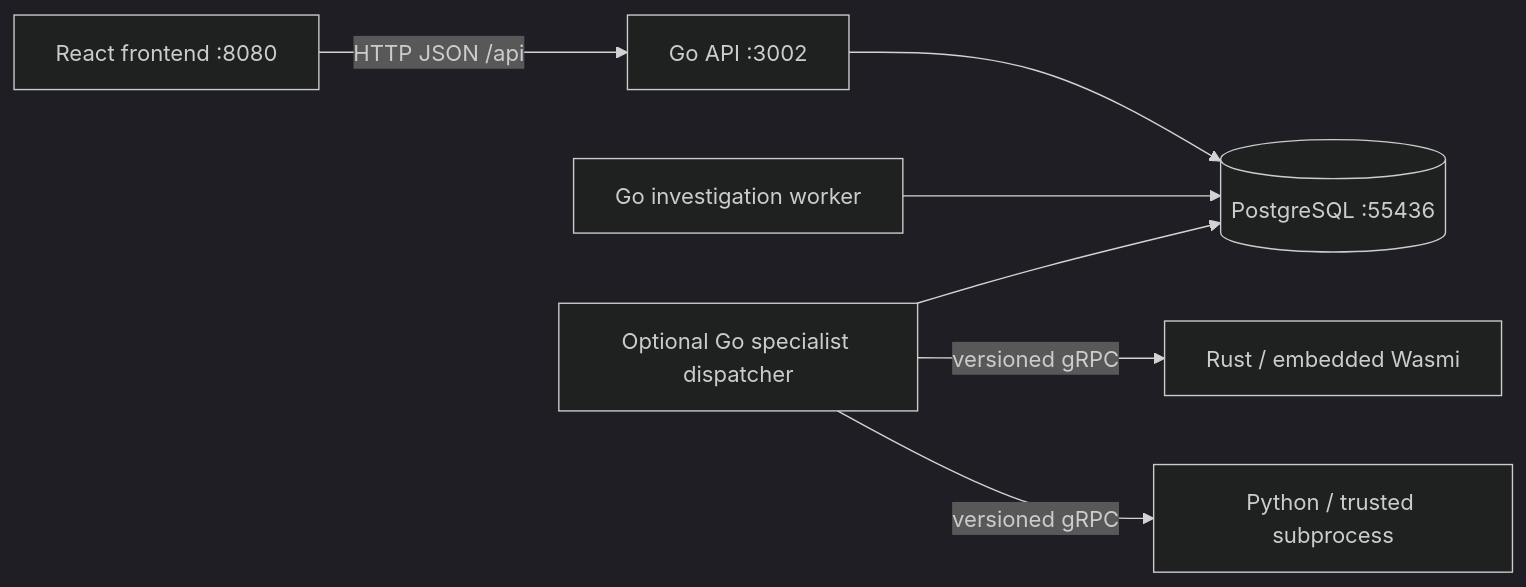
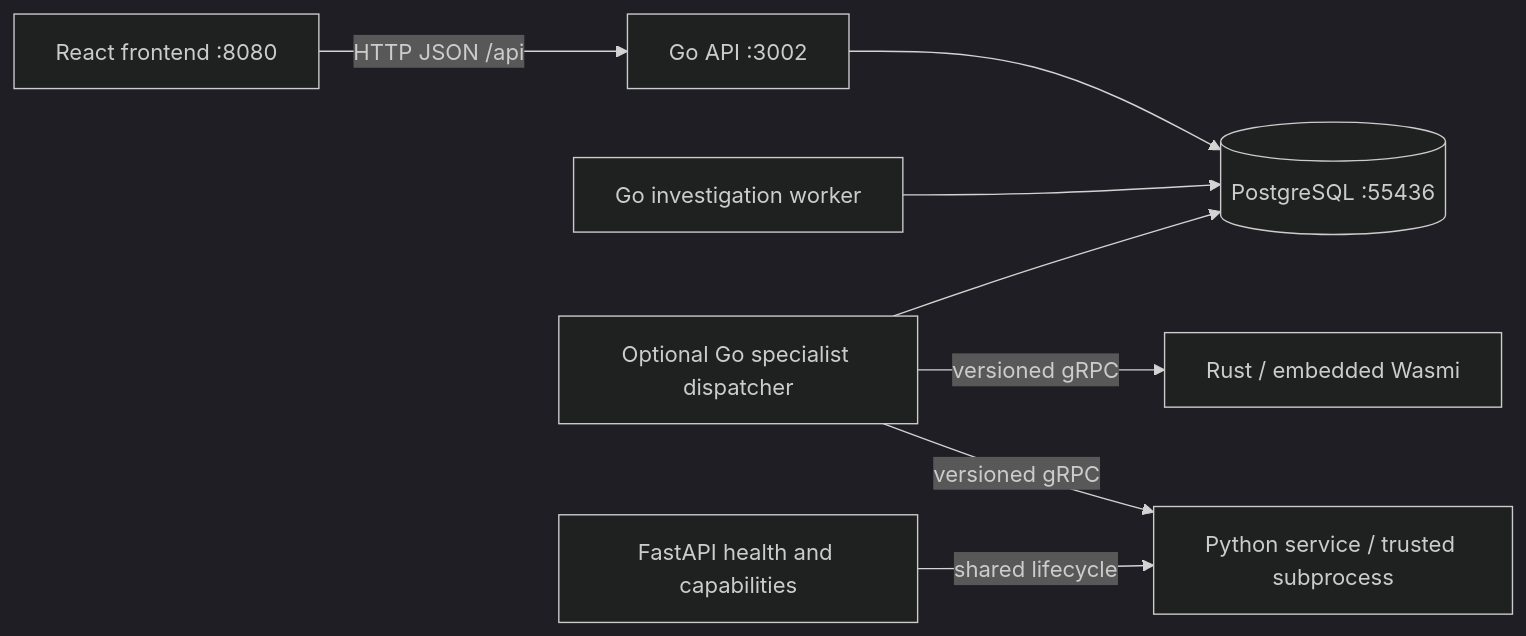
The diagram in docs/ARCHITECTURE.md (senthilnathang/aisoc), drawn with Mermaid (dark theme) before and after one commit. The commit also changed other lines of this file and 20 other files, not shown here.

Commit message:
Add independent FastAPI and gRPC Python foundation

````diff
--- a/docs/ARCHITECTURE.md
+++ b/docs/ARCHITECTURE.md
@@ -6,9 +6,10 @@
 ```mermaid
 flowchart LR
   UI[React frontend :8080] -->|HTTP JSON /api| API[Go API :3002]
   API --> PG[(PostgreSQL :55436)]
   IW[Go investigation worker] --> PG
   SW[Optional Go specialist dispatcher] --> PG
   SW -->|versioned gRPC| Rust[Rust / embedded Wasmi]
-  SW -->|versioned gRPC| Python[Python / trusted subprocess]
+  SW -->|versioned gRPC| Python[Python service / trusted subprocess]
+  HTTP[FastAPI health and capabilities] -->|shared lifecycle| Python
 ```
````
